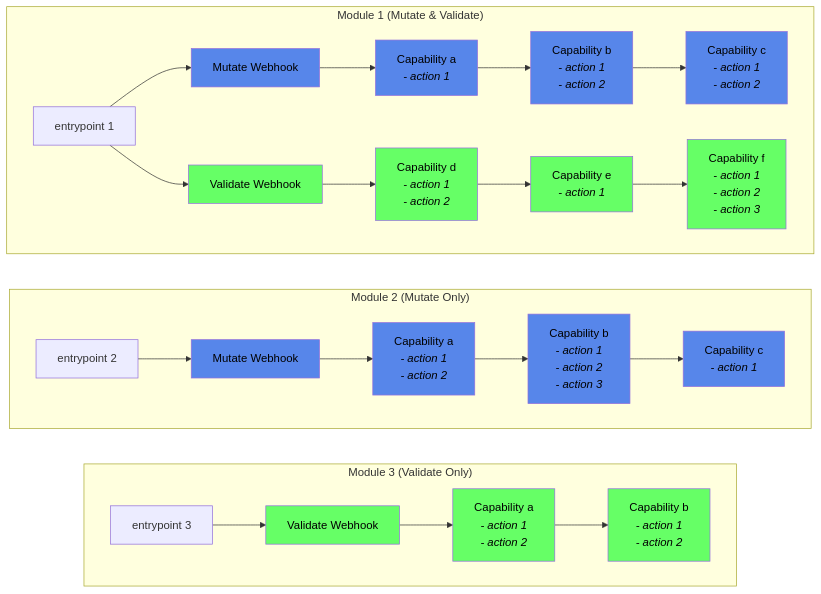
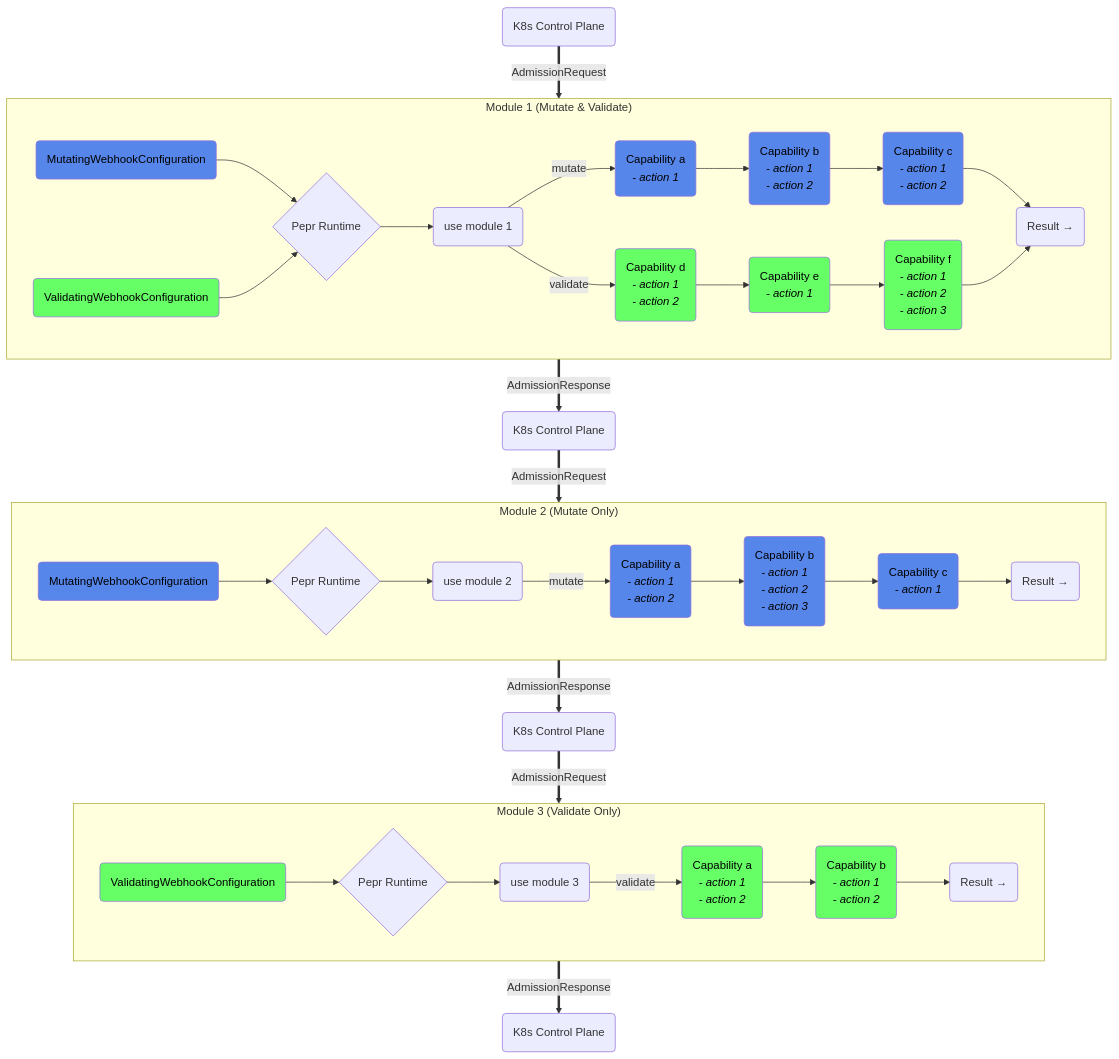
Before and after one commit to defenseunicorns/pepr: the diagram in README.md, drawn with Mermaid. The commit also changed 11 other files, not shown here.

````diff
--- a/README.md
+++ b/README.md
@@ -107,43 +107,65 @@
 ```mermaid
-graph LR
+graph TD
 
-subgraph "Module 3 (Validate Only)"
+subgraph M1["Module 1 (Mutate & Validate)"]
     direction LR
-    Q[entrypoint 3] --> R[Validate Webhook];
-    R --> S[Capability a <br><i>- action 1<br>- action 2</i>];
-    S --> T[Capability b <br><i>- action 1<br>- action 2</i>];
+    A(MutatingWebhookConfiguration) --> PR1;
+    B(ValidatingWebhookConfiguration) --> PR1;
+    
+    PR1{Pepr Runtime} --> C(use module 1)
+    
+    C -->|mutate| D(Capability a <br><i>- action 1</i>);
+    D --> E(Capability b <br><i>- action 1<br>- action 2</i>);
+    E --> F(Capability c <br><i>- action 1<br>- action 2</i>);
+    
+    C -->|validate| G(Capability d <br><i>- action 1<br>- action 2</i>);
+    G --> H(Capability e <br><i>- action 1</i>);
+    H --> I(Capability f <br><i>- action 1<br>- action 2<br>- action 3</i>);
+
+    Out1("Result →")
+    F --> Out1
+    I --> Out1
 end
 
-subgraph "Module 2 (Mutate Only)"
+subgraph M2["Module 2 (Mutate Only)"]
     direction LR
-    K[entrypoint 2] --> L[Mutate Webhook];
-    L --> M[Capability a <br><i>- action 1<br>- action 2</i>];
-    M --> N[Capability b <br><i>- action 1<br>- action 2<br>- action 3</i>];
-    N --> O[Capability c <br><i>- action 1</i>];
+    K(MutatingWebhookConfiguration) --> PR2;
+
+    PR2{Pepr Runtime} -->L(use module 2) -->|mutate| M
+
+    M(Capability a <br><i>- action 1<br>- action 2</i>);
+    M --> N(Capability b <br><i>- action 1<br>- action 2<br>- action 3</i>);
+    N --> O(Capability c <br><i>- action 1</i>);
+
+    O --> Out2("Result →")
 end
 
-subgraph "Module 1 (Mutate & Validate)"
+subgraph M3["Module 3 (Validate Only)"]
     direction LR
-    A[entrypoint 1] --> B[Mutate Webhook];
-    A --> C[Validate Webhook];
-    B --> D[Capability a <br><i>- action 1</i>];
-    D --> E[Capability b <br><i>- action 1<br>- action 2</i>];
-    E --> F[Capability c <br><i>- action 1<br>- action 2</i>];
-    C --> G[Capability d <br><i>- action 1<br>- action 2</i>];
-    G --> H[Capability e <br><i>- action 1</i>];
-    H --> I[Capability f <br><i>- action 1<br>- action 2<br>- action 3</i>];
+    Q(ValidatingWebhookConfiguration) --> PR3
+
+    PR3{Pepr Runtime} -->R(use module 3) -->|validate| S
+
+    S(Capability a <br><i>- action 1<br>- action 2</i>);
+    S --> T(Capability b <br><i>- action 1<br>- action 2</i>);
+
+    T --> Out3("Result →")
 end
 
+cp1(K8s Control Plane) ==>|AdmissionRequest| M1 ==>|AdmissionResponse| cp2(K8s Control Plane)
 
+cp2 ==>|AdmissionRequest| M2 ==>|AdmissionResponse| cp3(K8s Control Plane)
+
+cp3 ==>|AdmissionRequest| M3 ==>|AdmissionResponse| CP4(K8s Control Plane)
 
 %% Defining node styles
 classDef Validate fill:#66ff66,color:#000;
 classDef Mutate fill:#5786ea,color:#000;
 
 
-class L,M,N,O Mutate;
-class B,D,E,F Mutate;
+class K,M,N,O Mutate;
+class A,D,E,F Mutate;
 
-class R,S,T Validate;
-class C,G,H,I Validate;
+class Q,S,T Validate;
+class B,G,H,I Validate;
 ```
````
